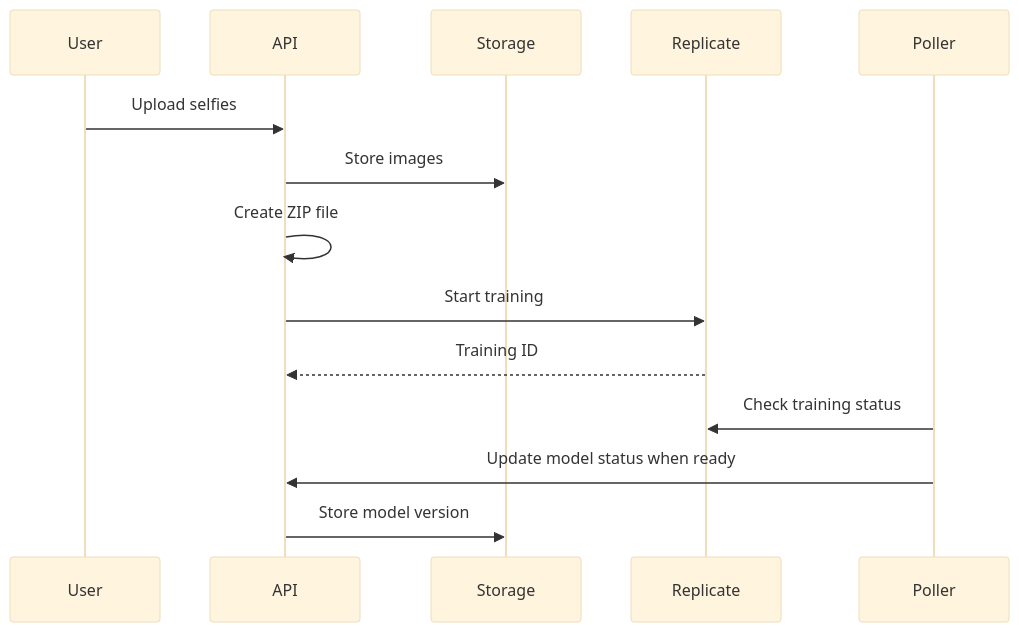
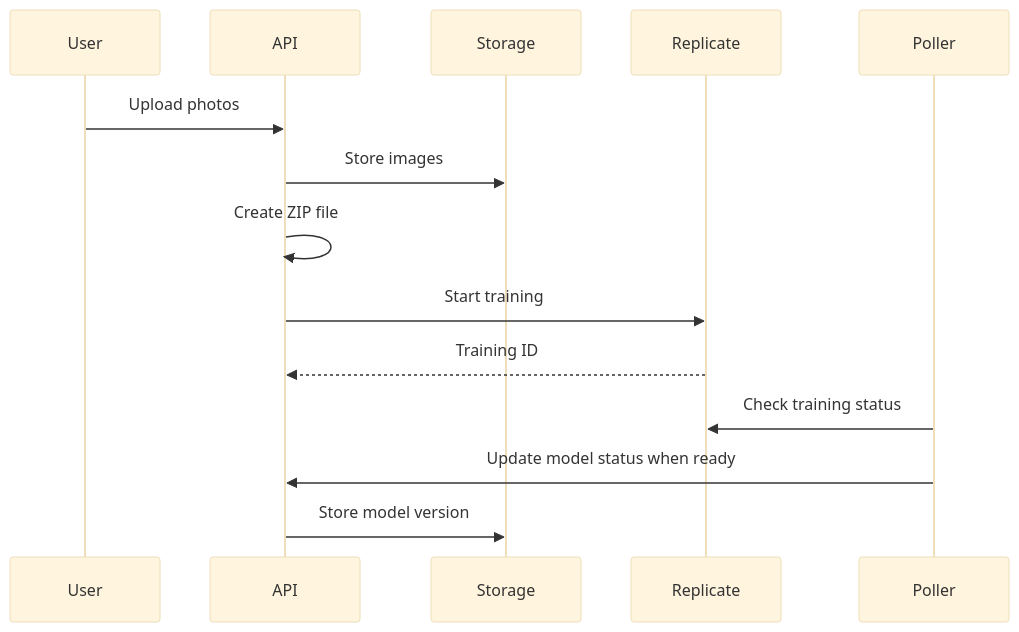
The second of 2 diagrams in docs/operations/PHOTO_PROCESSING.md (alanw707/AI.ProfilePhotoMaker), drawn with Mermaid (base theme) before and after one commit. The commit also changed other lines of this file and 321 other files, not shown here.

````diff
--- a/docs/operations/PHOTO_PROCESSING.md
+++ b/docs/operations/PHOTO_PROCESSING.md
@@ -33,17 +67,17 @@
 ```mermaid
 sequenceDiagram
     participant User
     participant API
     participant Storage
     participant Replicate
     participant Poller
 
-    User->>API: Upload selfies
+    User->>API: Upload photos
     API->>Storage: Store images
     API->>API: Create ZIP file
     API->>Replicate: Start training
     Replicate-->>API: Training ID
     Poller->>Replicate: Check training status
     Poller->>API: Update model status when ready
     API->>Storage: Store model version
 ```
````
